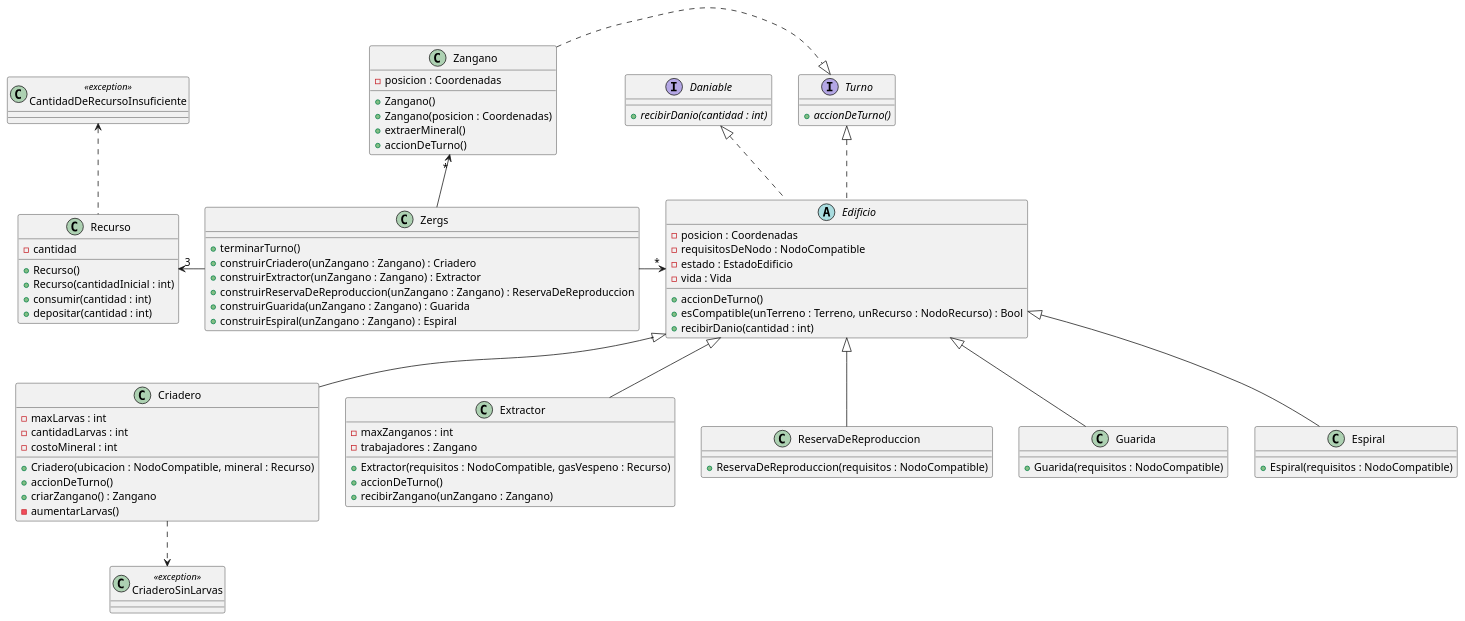
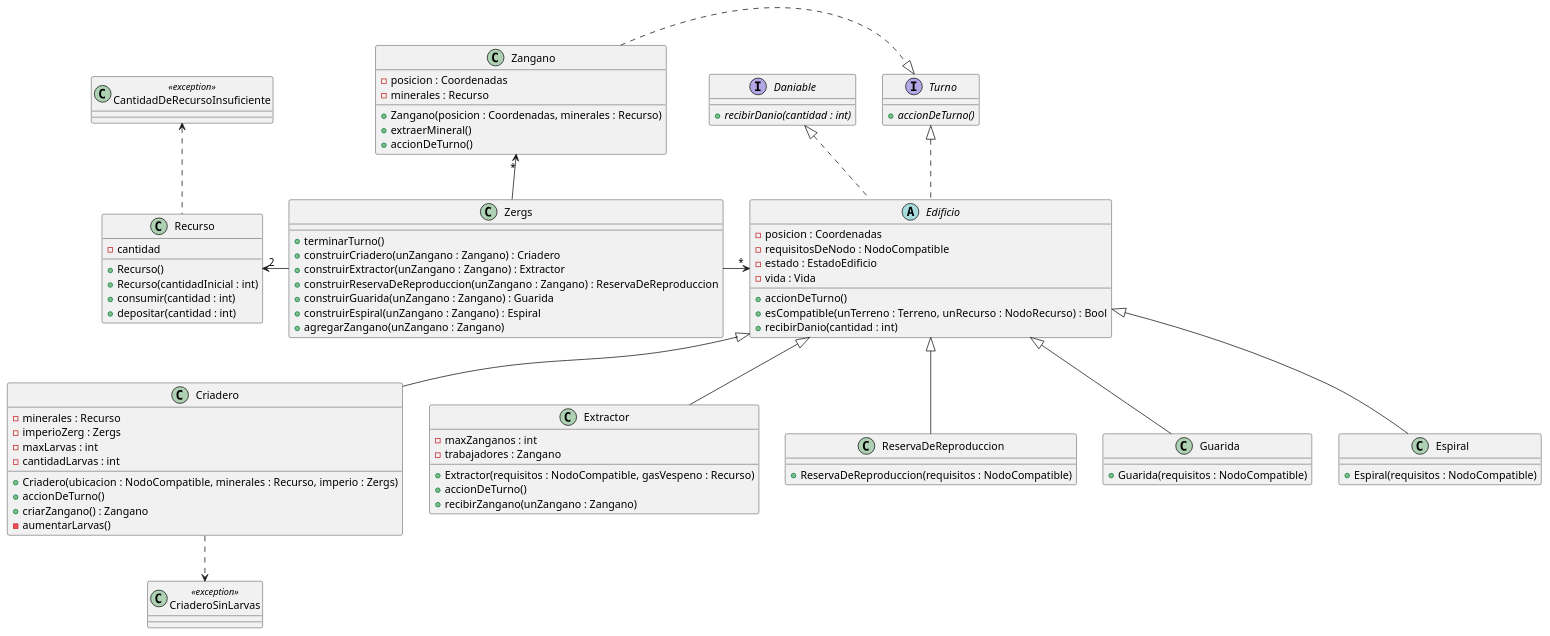
One commit to gabrielzitelli/Algo3_TP2_AlgoStar changed the diagram in diagrams/classes/zergs.plantuml. Above: the diagram before and after it, drawn with PlantUML.

Commit message:
Actualizacion clase Zergs y metodos de Criadero y Zangano

```diff
--- a/diagrams/classes/zergs.plantuml
+++ b/diagrams/classes/zergs.plantuml
@@ -1,100 +1,102 @@
 @startuml
 
 class Zergs {
     + terminarTurno()
     + construirCriadero(unZangano : Zangano) : Criadero
     + construirExtractor(unZangano : Zangano) : Extractor
     + construirReservaDeReproduccion(unZangano : Zangano) : ReservaDeReproduccion
     + construirGuarida(unZangano : Zangano) : Guarida
     + construirEspiral(unZangano : Zangano) : Espiral
+    + agregarZangano(unZangano : Zangano)
 }
 
 class Recurso {
     - cantidad
     + Recurso()
     + Recurso(cantidadInicial : int)
     + consumir(cantidad : int)
     + depositar(cantidad : int)
 
 }
 
 abstract class Edificio {
     - posicion : Coordenadas
     - requisitosDeNodo : NodoCompatible
     - estado : EstadoEdificio
     - vida : Vida
     + accionDeTurno()
     + esCompatible(unTerreno : Terreno, unRecurso : NodoRecurso) : Bool
     + recibirDanio(cantidad : int)
 }
 
 class Zangano {
     - posicion : Coordenadas
-    + Zangano()
-    + Zangano(posicion : Coordenadas)
+    - minerales : Recurso
+    + Zangano(posicion : Coordenadas, minerales : Recurso)
     + extraerMineral()
     + accionDeTurno()
 }
 
 interface Turno {
     {abstract} + accionDeTurno()
 }
 
 interface Daniable {
     {abstract} + recibirDanio(cantidad : int)
 }
 
 class Criadero {
+    - minerales : Recurso
+    - imperioZerg : Zergs
     - maxLarvas : int
     - cantidadLarvas : int
-    - costoMineral : int
-    + Criadero(ubicacion : NodoCompatible, mineral : Recurso)
+    + Criadero(ubicacion : NodoCompatible, minerales : Recurso, imperio : Zergs)
     + accionDeTurno()
     + criarZangano() : Zangano
     - aumentarLarvas()
 }
 
 class Extractor {
     - maxZanganos : int
     - trabajadores : Zangano
     + Extractor(requisitos : NodoCompatible, gasVespeno : Recurso)
     + accionDeTurno()
     + recibirZangano(unZangano : Zangano)
 }
 
 class ReservaDeReproduccion {
     + ReservaDeReproduccion(requisitos : NodoCompatible)
 }
 
 class Guarida {
     + Guarida(requisitos : NodoCompatible)
 }
 
 class Espiral {
     + Espiral(requisitos : NodoCompatible)
 }
 
 class CantidadDeRecursoInsuficiente <<exception>> {
 }
 
 class CriaderoSinLarvas <<exception>> {
 }
 
-Zergs -left> "3" Recurso
+Zergs -left> "2" Recurso
 Zergs -right-> "*" Edificio
 Zergs -up-> "*" Zangano
 
 Daniable <|.down. Edificio
 Turno <|.left. Zangano
 Turno <|.. Edificio
 
 Edificio <|-- Criadero
 Edificio <|-- Extractor
 Edificio <|-- ReservaDeReproduccion
 Edificio <|-- Guarida
 Edificio <|-- Espiral
 
 CantidadDeRecursoInsuficiente <.. Recurso
 CriaderoSinLarvas <.up. Criadero
 
 @enduml
```
